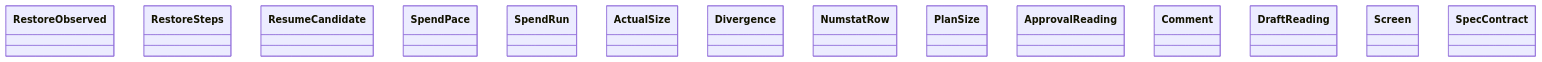
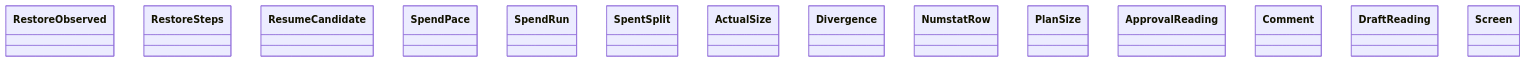
Before and after one commit to GonzaloZevallos/agentic-system: the diagram in docs/architecture/generated/classes-process-domain-state-3.md, drawn with Mermaid. The commit also changed other lines of this file and 15 other files, not shown here.

````diff
--- a/docs/architecture/generated/classes-process-domain-state-3.md
+++ b/docs/architecture/generated/classes-process-domain-state-3.md
@@ -32,17 +32,17 @@
 ```mermaid
 classDiagram
     class rules__RestoreObserved["RestoreObserved"]
     class rules__RestoreSteps["RestoreSteps"]
     class rules__ResumeCandidate["ResumeCandidate"]
     class rules__SpendPace["SpendPace"]
     class rules__SpendRun["SpendRun"]
+    class rules__SpentSplit["SpentSplit"]
     class size_budget__ActualSize["ActualSize"]
     class size_budget__Divergence["Divergence"]
     class size_budget__NumstatRow["NumstatRow"]
     class size_budget__PlanSize["PlanSize"]
     class spec_approval__ApprovalReading["ApprovalReading"]
     class spec_approval__Comment["Comment"]
     class spec_delivery__DraftReading["DraftReading"]
     class spec_delivery__Screen["Screen"]
-    class spec_delivery__SpecContract["SpecContract"]
 ```
````
